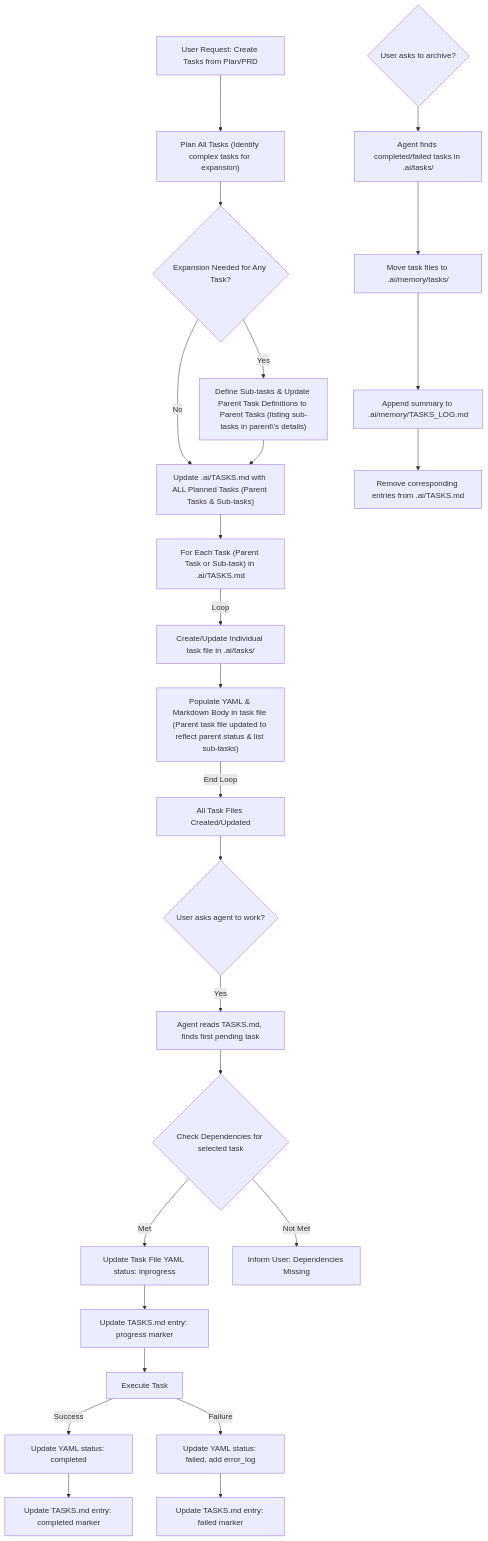
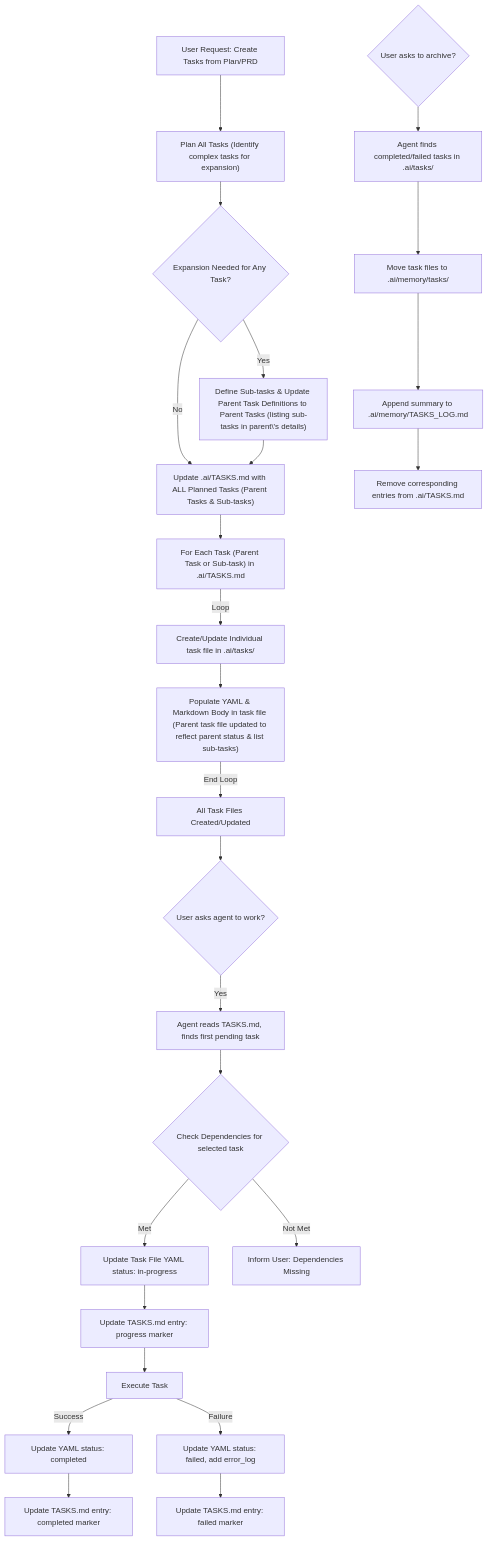
One commit to outfitter-dev/rulesets changed the diagram in .windsurf/rules/.task-magic/workflow.md. Above: the diagram before and after it, drawn with Mermaid. The commit also changed 11 other files, not shown here.

````diff
--- a/.windsurf/rules/.task-magic/workflow.md
+++ b/.windsurf/rules/.task-magic/workflow.md
@@ -5,27 +5,27 @@
 ```mermaid
 graph TD
     A[User Request: Create Tasks from Plan/PRD] --> B["Plan All Tasks (Identify complex tasks for expansion)"];
     B --> B1{Expansion Needed for Any Task?};
     B1 -- Yes --> B2["Define Sub-tasks & Update Parent Task Definitions to Parent Tasks (listing sub-tasks in parent\'s details)"];
     B1 -- No --> C;
     B2 --> C["Update .ai/TASKS.md with ALL Planned Tasks (Parent Tasks & Sub-tasks)"];
     C --> D["For Each Task (Parent Task or Sub-task) in .ai/TASKS.md"];
     D -- Loop --> E[Create/Update Individual task file in .ai/tasks/];
     E --> F["Populate YAML & Markdown Body in task file (Parent task file updated to reflect parent status & list sub-tasks)"];
     F -- End Loop --> G[All Task Files Created/Updated];
     G --> H{User asks agent to work?};
     H -- Yes --> I[Agent reads TASKS.md, finds first pending task];
     I --> J{Check Dependencies for selected task};
-    J -- Met --> K[Update Task File YAML status: inprogress];
+    J -- Met --> K[Update Task File YAML status: in-progress];
     K --> L[Update TASKS.md entry: progress marker];
     L --> M[Execute Task];
     M -- Success --> N[Update YAML status: completed];
     N --> O[Update TASKS.md entry: completed marker];
     M -- Failure --> P["Update YAML status: failed, add error_log"];
     P --> Q[Update TASKS.md entry: failed marker];
     J -- Not Met --> R[Inform User: Dependencies Missing];
     S{User asks to archive?} --> T[Agent finds completed/failed tasks in .ai/tasks/];
     T --> U[Move task files to .ai/memory/tasks/];
     U --> V[Append summary to .ai/memory/TASKS_LOG.md];
     V --> W[Remove corresponding entries from .ai/TASKS.md];
 ```
````
